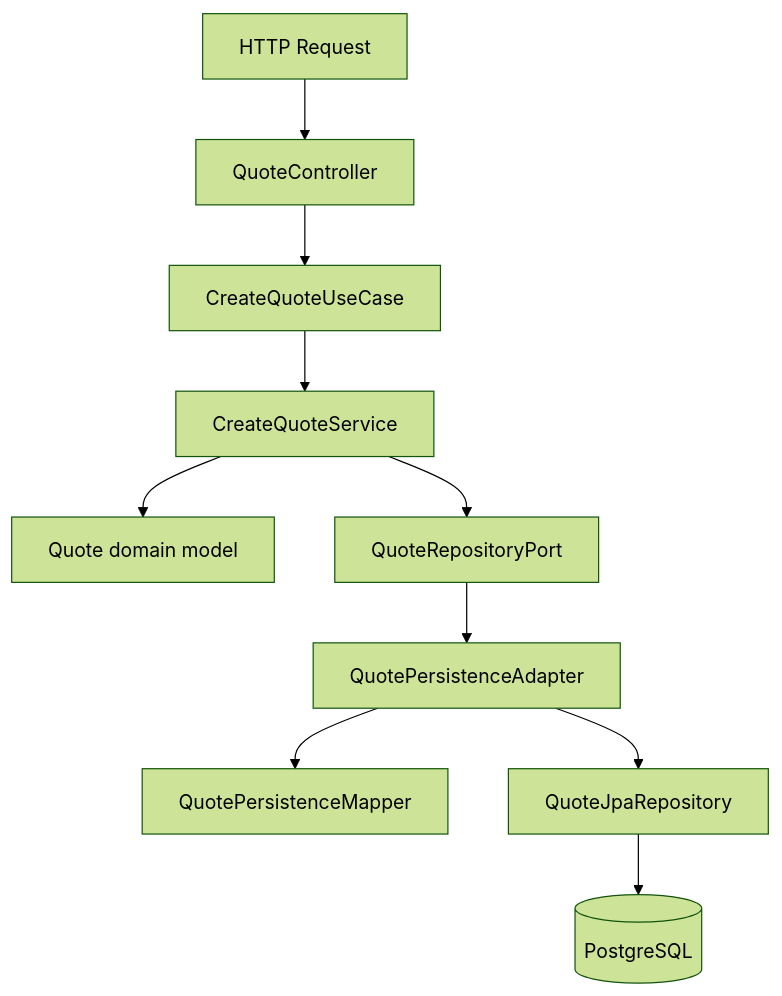
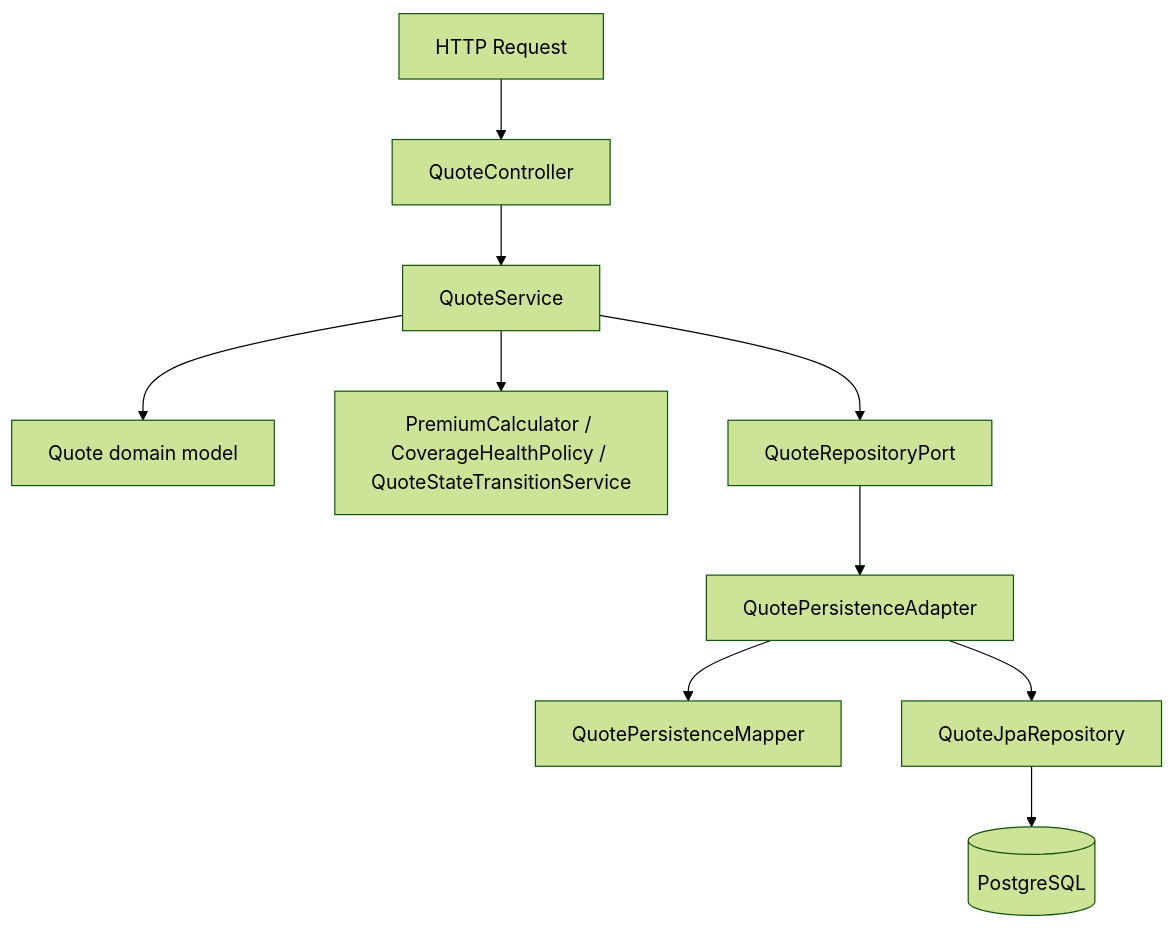
One commit to aegre/trustbuddy-api changed the first of 2 diagrams in ARCHITECTURE.md. Above: the diagram before and after it, drawn with Mermaid (forest theme). The commit also changed other lines of this file and 15 other files, not shown here.

````diff
--- a/ARCHITECTURE.md
+++ b/ARCHITECTURE.md
@@ -17,12 +19,12 @@
 ```mermaid
 flowchart TB
     HTTP[HTTP Request] --> Controller[QuoteController]
-    Controller --> UseCase[CreateQuoteUseCase]
-    UseCase --> Service[CreateQuoteService]
+    Controller --> Service[QuoteService]
     Service --> Domain[Quote domain model]
+    Service --> DomainSvc[PremiumCalculator / CoverageHealthPolicy / QuoteStateTransitionService]
     Service --> Port[QuoteRepositoryPort]
     Port --> Adapter[QuotePersistenceAdapter]
     Adapter --> Mapper[QuotePersistenceMapper]
     Adapter --> JpaRepo[QuoteJpaRepository]
     JpaRepo --> DB[(PostgreSQL)]
 ```
````
